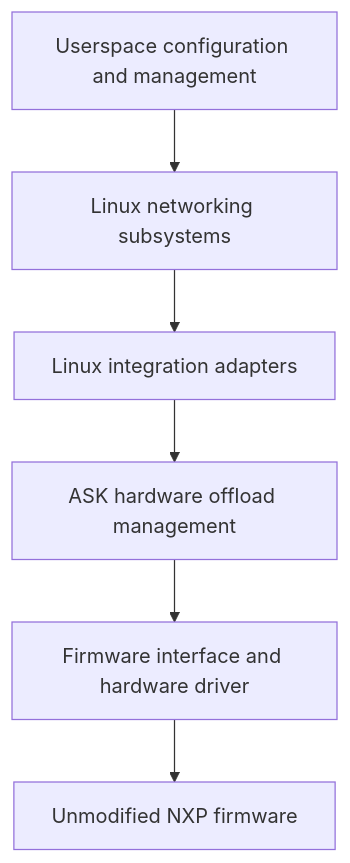
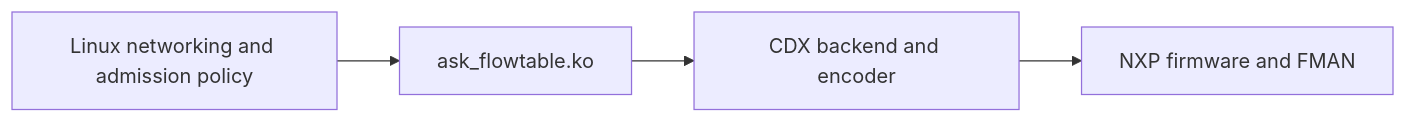
Before and after one commit to we-are-mono/ASK: the diagram in docs/linux-flowtable-offload.md, drawn with Mermaid. The commit also changed other lines of this file and 17 other files, not shown here.

First line of the commit message:
docs: separate flowtable architecture and validation history

````diff
--- a/docs/linux-flowtable-offload.md
+++ b/docs/linux-flowtable-offload.md
@@ -84,8 +59,6 @@
 ```mermaid
-flowchart TD
-    U[Userspace configuration and management] --> L[Linux networking subsystems]
-    L --> A[Linux integration adapters]
-    A --> C[ASK hardware offload management]
-    C --> D[Firmware interface and hardware driver]
-    D --> F[Unmodified NXP firmware]
+flowchart LR
+    P[Linux networking and admission policy] --> A[ask_flowtable.ko]
+    A --> C[CDX backend and encoder]
+    C --> F[NXP firmware and FMAN]
 ```
````
